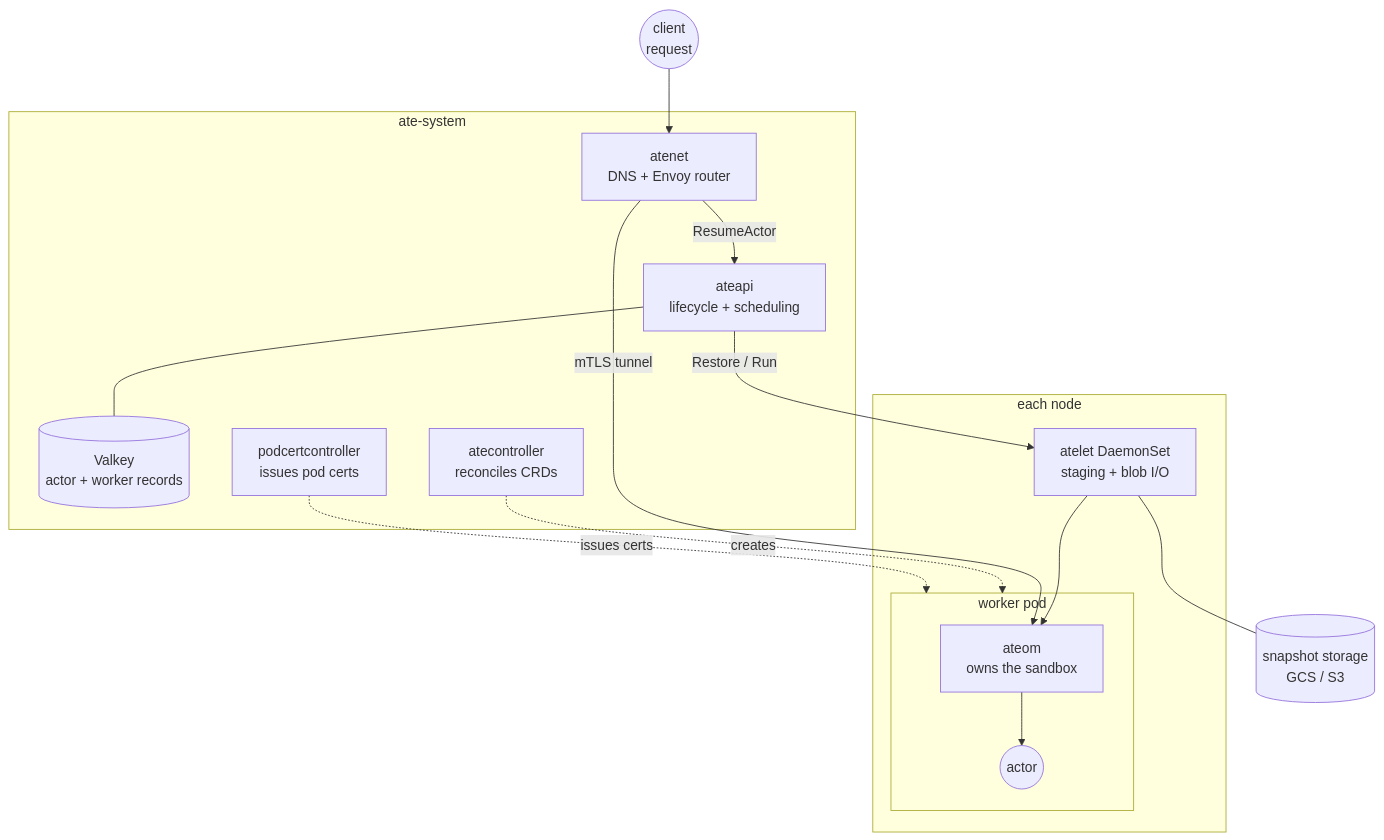
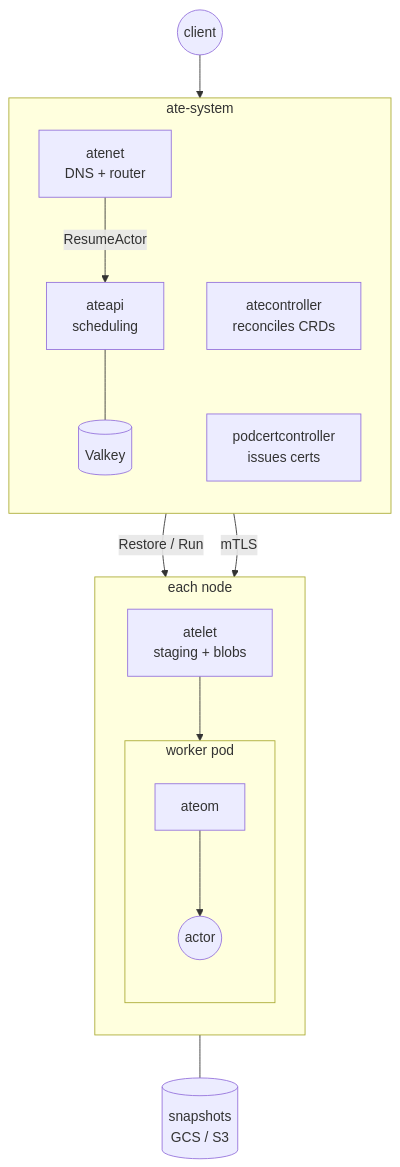
The second of 4 diagrams in docs/internals.md (omeryahud/substrate), drawn with Mermaid before and after one commit. The commit also changed other lines of this file, not shown here.

First line of the commit message:
docs: make internals diagrams fit GitHub's content width

````diff
--- a/docs/internals.md
+++ b/docs/internals.md
@@ -116,33 +116,35 @@
 ```mermaid
 flowchart TB
-    CLIENT(("client<br/>request"))
+    CLIENT(("client"))
 
     subgraph ATE["ate-system"]
-        NET["atenet<br/>DNS + Envoy router"]
-        API["ateapi<br/>lifecycle + scheduling"]
-        DB[("Valkey<br/>actor + worker records")]
+        direction TB
+        NET["atenet<br/>DNS + router"]
+        API["ateapi<br/>scheduling"]
+        DB[("Valkey")]
         CTRL["atecontroller<br/>reconciles CRDs"]
-        PCC["podcertcontroller<br/>issues pod certs"]
+        PCC["podcertcontroller<br/>issues certs"]
+        API --- DB
+        CTRL ~~~ PCC
     end
 
     subgraph NODE["each node"]
-        LET["atelet DaemonSet<br/>staging + blob I/O"]
+        direction TB
+        LET["atelet<br/>staging + blobs"]
         subgraph POD["worker pod"]
-            OM["ateom<br/>owns the sandbox"]
+            direction TB
+            OM["ateom"]
             ACT(("actor"))
         end
+        LET --> OM
+        OM --> ACT
     end
 
-    STORE[("snapshot storage<br/>GCS / S3")]
+    STORE[("snapshots<br/>GCS / S3")]
 
     CLIENT --> NET
     NET -->|ResumeActor| API
-    API --- DB
     API -->|Restore / Run| LET
-    LET --> OM
-    OM --> ACT
-    NET -->|mTLS tunnel| OM
+    NET -->|mTLS| OM
     LET --- STORE
-    CTRL -.creates.-> POD
-    PCC -.issues certs.-> POD
 ```
````
